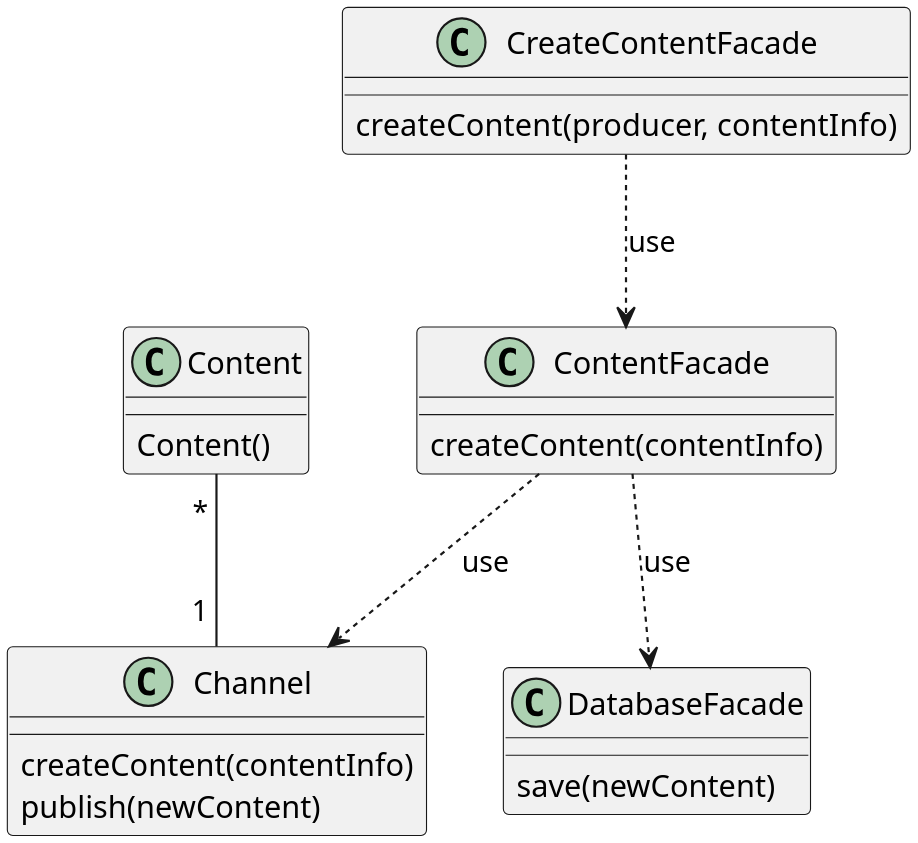
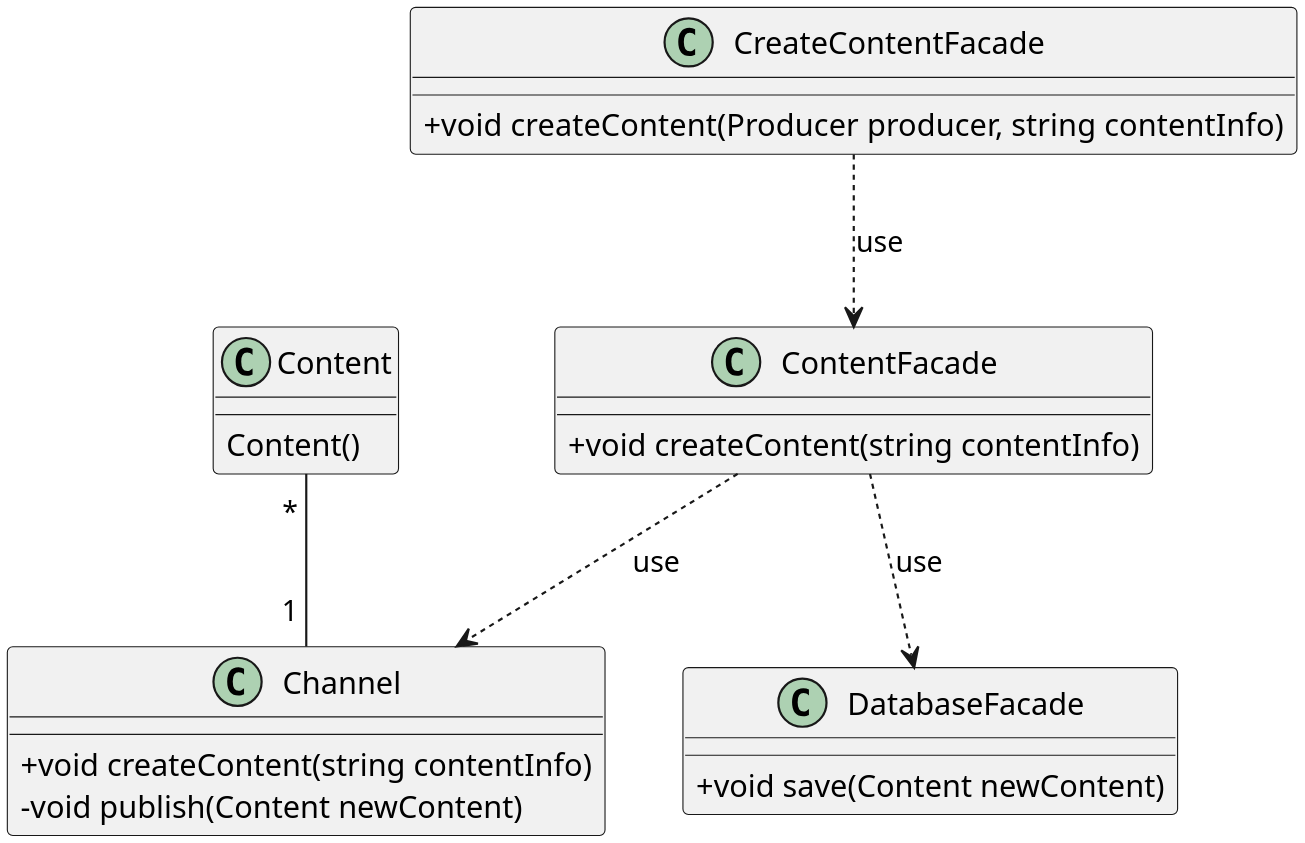
The diagram in Diagrams/Design Class/CreateContent.puml (soleyman79/Qasedak), drawn with PlantUML before and after one commit.

Commit message:
CreateContent: add type and privacy

```diff
--- a/Diagrams/Design Class/CreateContent.puml
+++ b/Diagrams/Design Class/CreateContent.puml
@@ -1,36 +1,37 @@
 @startuml create_content
 
 
 scale 3
 skinparam DefaultFontName B Nazanin
 skinparam ArrowMessageAlignment right
+skinparam classAttributeIconSize 0
 
 
 class "Content" as content {
     Content()
 }
 
 class "Channel" as chanel {
-    createContent(contentInfo)
-    publish(newContent)
+    +void createContent(string contentInfo)
+    -void publish(Content newContent)
 }
 
 class CreateContentFacade {
-    createContent(producer, contentInfo)
+    +void createContent(Producer producer, string contentInfo)
 }
 
 class ContentFacade {
-    createContent(contentInfo)
+    +void createContent(string contentInfo)
 }
 
 class DatabaseFacade {
-    save(newContent)
+    +void save(Content newContent)
 }
 
 content "           *" -- "             1" chanel
 CreateContentFacade ..> ContentFacade :use
 ContentFacade ..> chanel :use
 ContentFacade ..> DatabaseFacade :use
 
 
 @enduml
```
